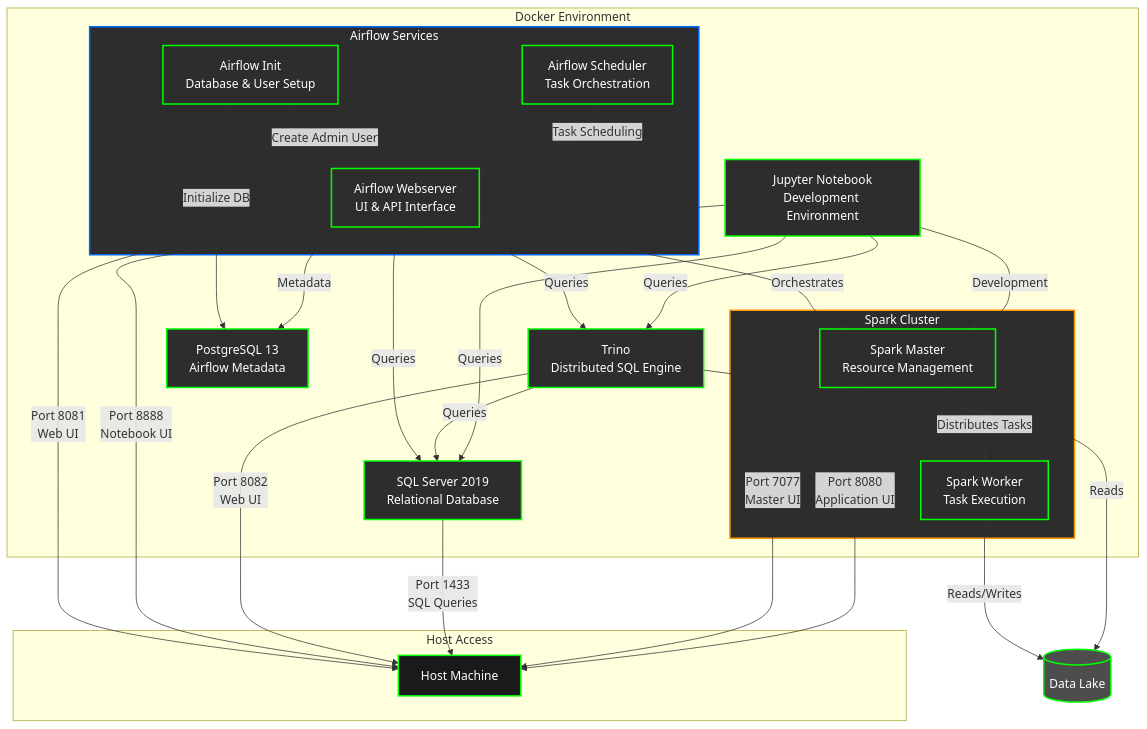
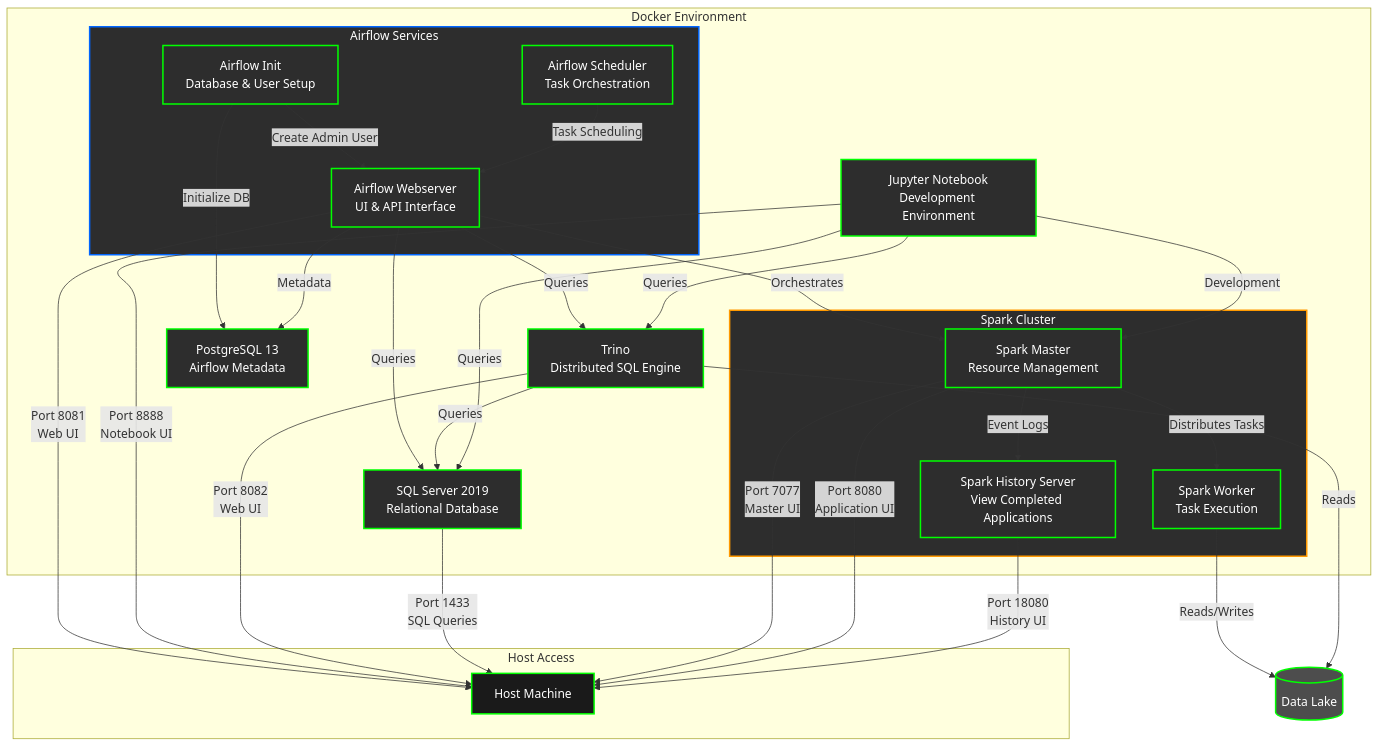
Before and after one commit to andytholmes/data-platform: the diagram in README.md, drawn with Mermaid. The commit also changed other lines of this file and 13 other files, not shown here.

Commit message:
tests passing, trino connected, history server working

````diff
--- a/README.md
+++ b/README.md
@@ -7,58 +7,61 @@
 ```mermaid
 graph TB
     subgraph Docker Environment
         subgraph AirflowServices[Airflow Services]
             AirflowInit[Airflow Init<br/>Database & User Setup]
             AirflowWeb[Airflow Webserver<br/>UI & API Interface]
             AirflowSched[Airflow Scheduler<br/>Task Orchestration]
         end
         subgraph SparkCluster[Spark Cluster]
             SparkMaster[Spark Master<br/>Resource Management]
             SparkWorker[Spark Worker<br/>Task Execution]
+            SparkHistoryServer[Spark History Server<br/>View Completed Applications]
         end
         SQL[SQL Server 2019<br/>Relational Database]
         Trino[Trino<br/>Distributed SQL Engine]
         Jupyter[Jupyter Notebook<br/>Development Environment]
         Postgres[PostgreSQL 13<br/>Airflow Metadata]
     end
 
     subgraph Host Access
         Host[Host Machine]
     end
 
     %% Data Flow
     AirflowInit -->|Initialize DB| Postgres
     AirflowInit -->|Create Admin User| AirflowWeb
     AirflowWeb -->|Orchestrates| SparkMaster
     AirflowWeb -->|Queries| SQL
     AirflowWeb -->|Queries| Trino
     AirflowWeb -->|Metadata| Postgres
     AirflowSched -->|Task Scheduling| AirflowWeb
     SparkMaster -->|Distributes Tasks| SparkWorker
+    SparkMaster -->|Event Logs| SparkHistoryServer
     SparkWorker -->|Reads/Writes| Data[(Data Lake)]
     Trino -->|Queries| SQL
     Trino -->|Reads| Data
     Jupyter -->|Development| SparkMaster
     Jupyter -->|Queries| SQL
     Jupyter -->|Queries| Trino
 
     %% External Access
     AirflowWeb -- "Port 8081<br/>Web UI" --> Host
     Jupyter -- "Port 8888<br/>Notebook UI" --> Host
     Trino -- "Port 8082<br/>Web UI" --> Host
     SQL -- "Port 1433<br/>SQL Queries" --> Host
     SparkMaster -- "Port 7077<br/>Master UI" --> Host
     SparkMaster -- "Port 8080<br/>Application UI" --> Host
+    SparkHistoryServer -- "Port 18080<br/>History UI" --> Host
 
     %% Styling
     classDef docker fill:#2d2d2d,stroke:#00ff00,stroke-width:2px,color:#ffffff
     classDef host fill:#1a1a1a,stroke:#00ff00,stroke-width:2px,color:#ffffff
     classDef data fill:#4d4d4d,stroke:#00ff00,stroke-width:2px,color:#ffffff
     classDef airflow fill:#2d2d2d,stroke:#0066ff,stroke-width:2px,color:#ffffff
     classDef spark fill:#2d2d2d,stroke:#ff9900,stroke-width:2px,color:#ffffff
-    class AirflowInit,AirflowWeb,AirflowSched,SparkMaster,SparkWorker,SQL,Trino,Jupyter,Postgres docker
+    class AirflowInit,AirflowWeb,AirflowSched,SparkMaster,SparkWorker,SparkHistoryServer,SQL,Trino,Jupyter,Postgres docker
     class Host host
     class Data data
     class AirflowServices airflow
     class SparkCluster spark
 ```
````
